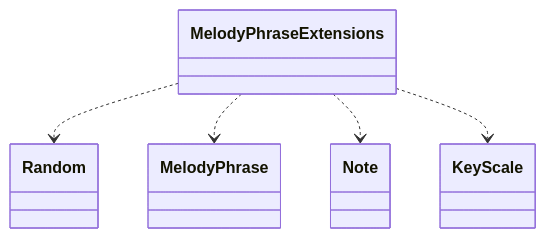
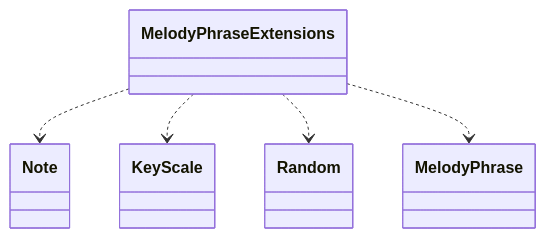
One commit to schnock-art/project_inspector changed diagram 19 of 31 in test/test.md. Above: the diagram before and after it, drawn with Mermaid. The commit also changed other lines of this file and 2 other files, not shown here.

Commit message:
Fixed empyt mermaid diagrams

````diff
--- a/test/test.md
+++ b/test/test.md
@@ -468,7 +464,7 @@
 ```mermaid
 classDiagram
+MelodyPhraseExtensions ..> Note
+MelodyPhraseExtensions ..> KeyScale
 MelodyPhraseExtensions ..> Random
 MelodyPhraseExtensions ..> MelodyPhrase
-MelodyPhraseExtensions ..> Note
-MelodyPhraseExtensions ..> KeyScale
 ```
````
